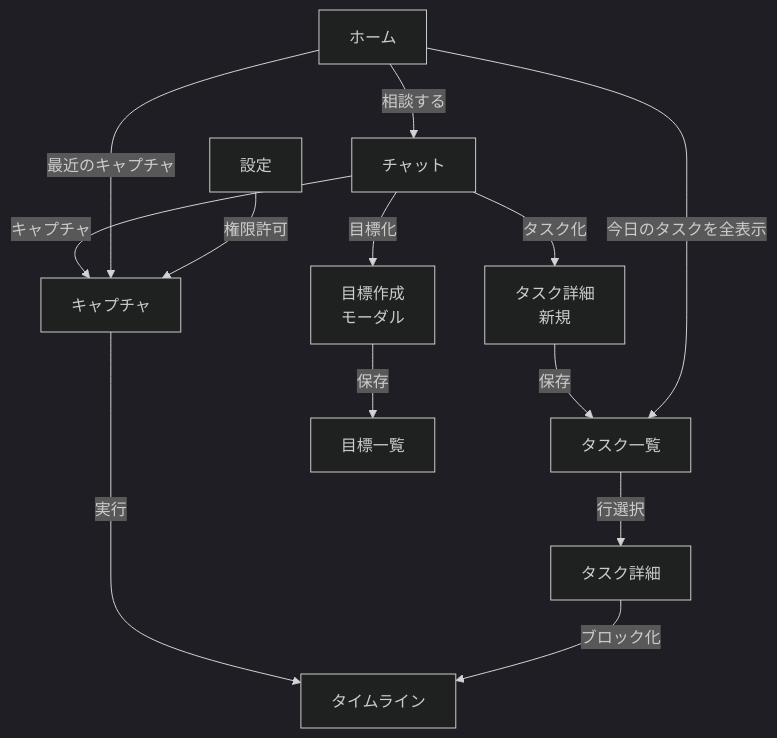
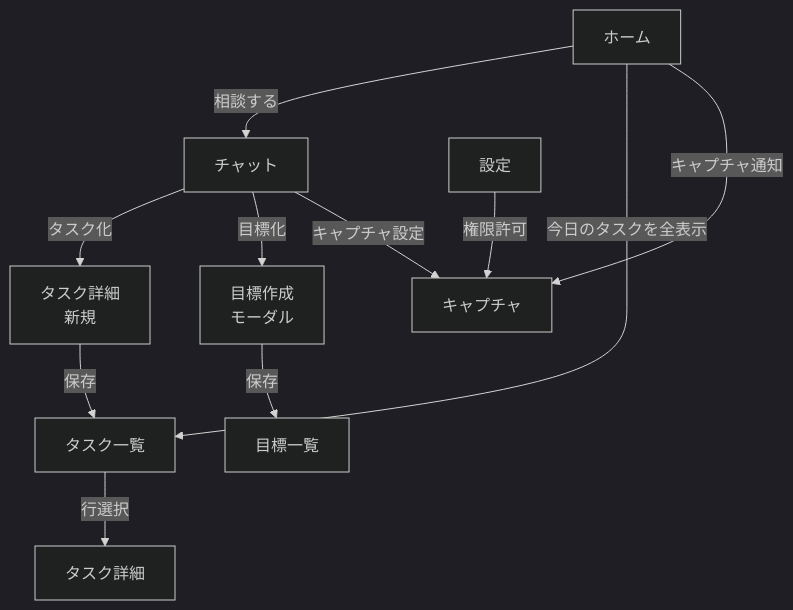
The second of 7 diagrams in spec.md (ano333333/llm-time-manager), drawn with Mermaid (dark theme) before and after one commit. The commit also changed other lines of this file, not shown here.

````diff
--- a/spec.md
+++ b/spec.md
@@ -101,26 +100,23 @@
 ```mermaid
 flowchart TD
   ホーム[ホーム]
   チャット[チャット]
   タスク詳細新規[タスク詳細<br/>新規]
   タスク一覧[タスク一覧]
   タスク詳細[タスク詳細]
   目標作成モーダル[目標作成<br/>モーダル]
   目標一覧[目標一覧]
   キャプチャ[キャプチャ]
-  タイムライン[タイムライン]
   設定[設定]
 
   ホーム -->|相談する| チャット
   チャット -->|タスク化| タスク詳細新規
   タスク詳細新規 -->|保存| タスク一覧
   チャット -->|目標化| 目標作成モーダル
   目標作成モーダル -->|保存| 目標一覧
-  チャット -->|キャプチャ| キャプチャ
-  キャプチャ -->|実行| タイムライン
+  チャット -->|キャプチャ設定| キャプチャ
   ホーム -->|今日のタスクを全表示| タスク一覧
   タスク一覧 -->|行選択| タスク詳細
-  タスク詳細 -->|ブロック化| タイムライン
-  ホーム -->|最近のキャプチャ| キャプチャ
+  ホーム -->|キャプチャ通知| キャプチャ
   設定 -->|権限許可| キャプチャ
 ```
````
